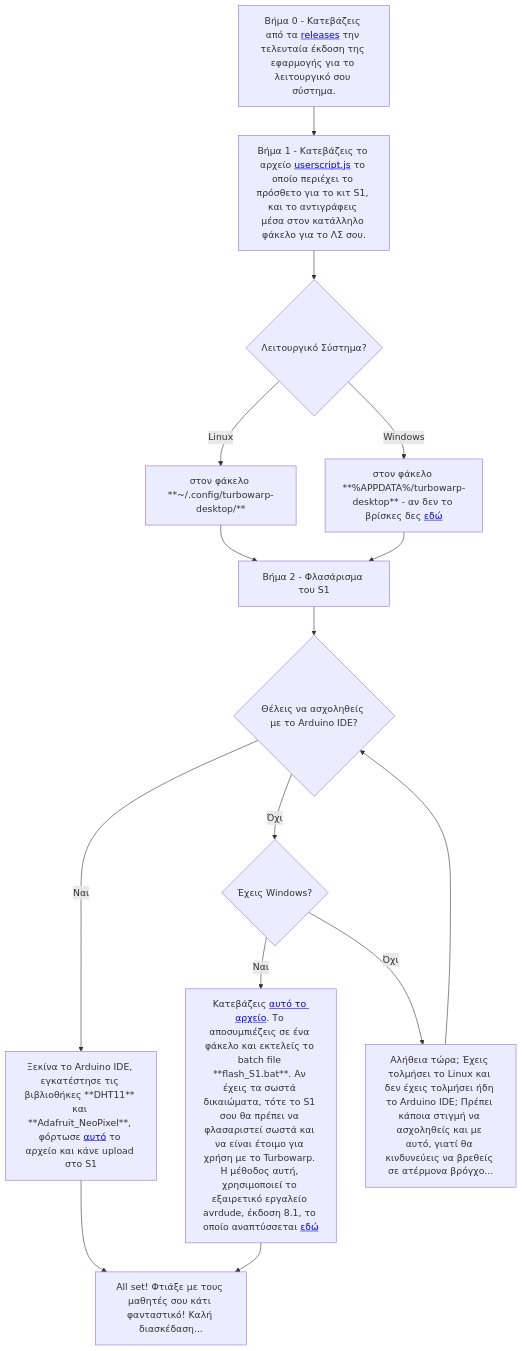
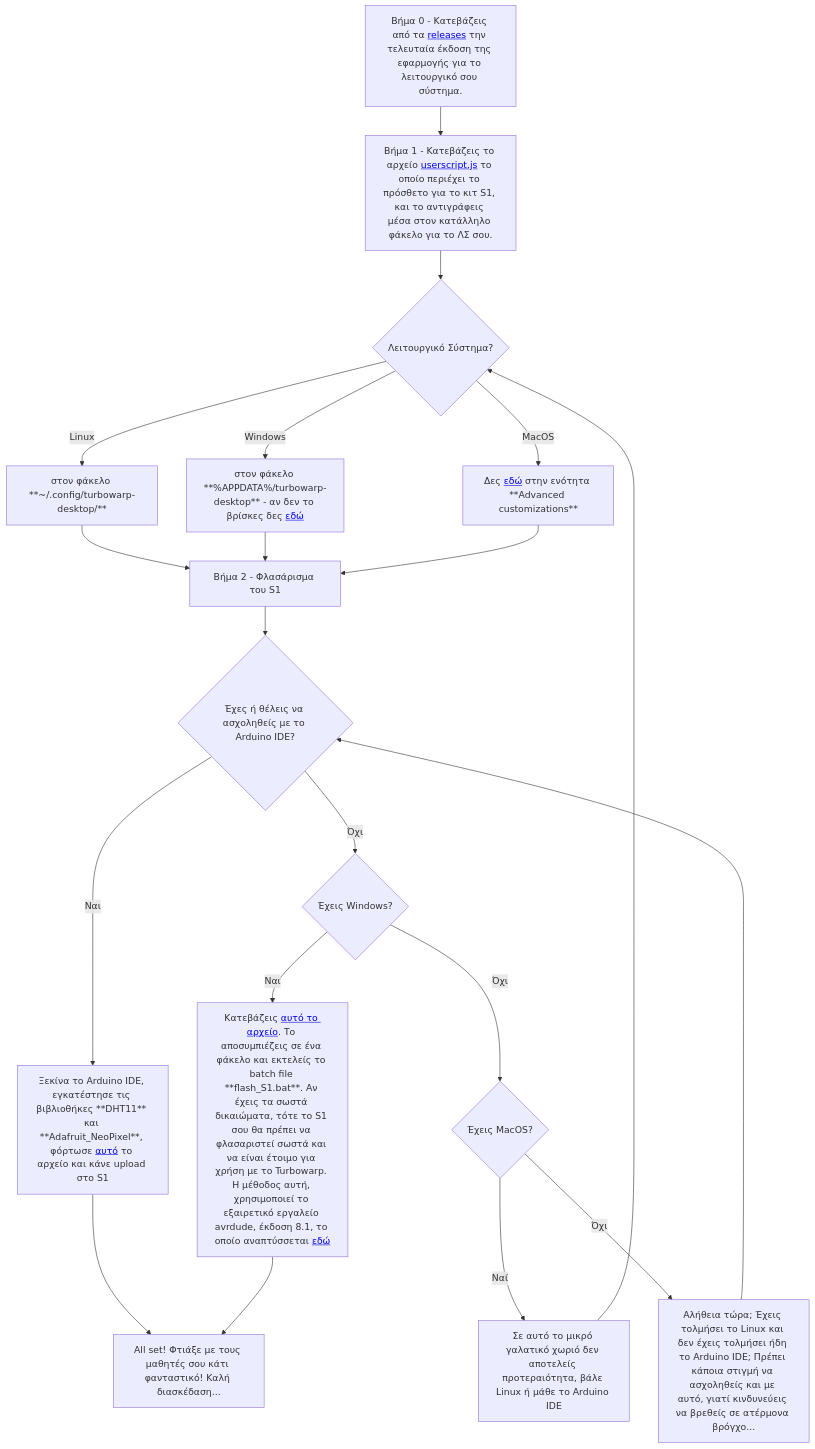
Before and after one commit to ale3andro/turbowarp_alx: the diagram in alx/README.md, drawn with Mermaid. The commit also changed other lines of this file, not shown here.

Commit message:
Update README with additional MacOS instructions

````diff
--- a/alx/README.md
+++ b/alx/README.md
@@ -8,26 +8,36 @@
 ```mermaid
 
 flowchart TD
   A[ Βήμα 0 - Κατεβάζεις από τα <a href="https://github.com/ale3andro/turbowarp_alx/releases">releases</a> την τελευταία έκδοση της εφαρμογής για το λειτουργικό σου σύστημα.] 
   
   --> B[ Βήμα 1 - Κατεβάζεις το αρχείο <a href="https://github.com/ale3andro/turbowarp_alx/blob/main/alx/userscript.js">userscript.js</a> το οποίο περιέχει το πρόσθετο για το κιτ S1, και το αντιγράφεις μέσα στον κατάλληλο φάκελο για το ΛΣ σου.]
 
   --> C{Λειτουργικό Σύστημα?}
 
   C --> |Linux| D[στον φάκελο **~/.config/turbowarp-desktop/**] --> F
 
   C --> |Windows| E[στον φάκελο **%APPDATA%/turbowarp-desktop** - αν δεν το βρίσκες δες <a href="https://github.com/ale3andro/turbowarp_alx/blob/main/alx/README_how_find_the_user_folder.md">εδώ</a>] --> F
 
-  F[Βήμα 2 - Φλασάρισμα του S1] --> G{Θέλεις να ασχοληθείς με το Arduino IDE?}
+  C --> |MacOS| O[Δες <a href="https://github.com/ale3andro/turbowarp_alx/tree/main">εδώ</a> στην ενότητα **Advanced customizations** ] --> F
+
+  F[Βήμα 2 - Φλασάρισμα του S1] --> G{Έχες ή θέλεις να ασχοληθείς με το Arduino IDE?}
 
   G --> |Ναι| H[Ξεκίνα το Arduino IDE, εγκατέστησε τις βιβλιοθήκες **DHT11** και **Adafruit_NeoPixel**, φόρτωσε <a href="https://github.com/ale3andro/turbowarp_alx/blob/main/alx/s1-arduino.ino">αυτό</a> το αρχείο και κάνε upload στο S1] --> L
 
   G --> |Όχι| I{Έχεις Windows?}
 
   I --> |Ναι| J[Κατεβάζεις <a href="https://github.com/ale3andro/turbowarp_alx/blob/main/alx/windows-helper/flash_s1_windows.zip">αυτό το αρχείο</a>. Το αποσυμπιέζεις σε ένα φάκελο και εκτελείς το batch file **flash_S1.bat**. Αν έχεις τα σωστά δικαιώματα, τότε το S1 σου θα πρέπει να φλασαριστεί σωστά και να είναι έτοιμο για χρήση με το Turbowarp. Η μέθοδος αυτή, χρησιμοποιεί το εξαιρετικό εργαλείο avrdude, έκδοση 8.1, το οποίο αναπτύσσεται <a href="https://github.com/avrdudes/avrdude">εδώ</a>] --> L
 
-  I --> |Όχι| K[Αλήθεια τώρα; Έχεις τολμήσει το Linux και δεν έχεις τολμήσει ήδη το Arduino IDE; Πρέπει κάποια στιγμή να ασχοληθείς και με αυτό, γιατί θα κινδυνεύεις να βρεθείς σε ατέρμονα βρόγχο...] --> G
+  I --> |Όχι| Μ{Έχεις MacOS?}
+
+  Μ --> |Ναί| Q[Σε αυτό το μικρό γαλατικό χωριό δεν αποτελείς προτεραιότητα, βάλε Linux ή μάθε το Arduino IDE] --> C 
+
+  Μ --> |Όχι| K[Αλήθεια τώρα; Έχεις τολμήσει το Linux και δεν έχεις τολμήσει ήδη το Arduino IDE; Πρέπει κάποια στιγμή να ασχοληθείς και με αυτό, γιατί κινδυνεύεις να βρεθείς σε ατέρμονα βρόγχο...] --> G
 
   L[All set! Φτιάξε με τους μαθητές σου κάτι φανταστικό! Καλή διασκέδαση...]
 
+  
+
+  
+
 ```
````
